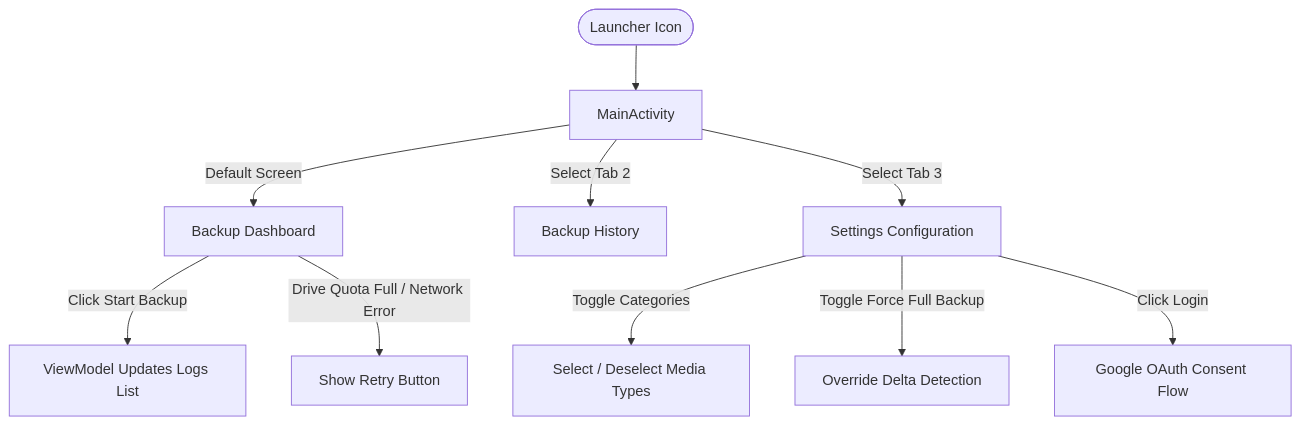
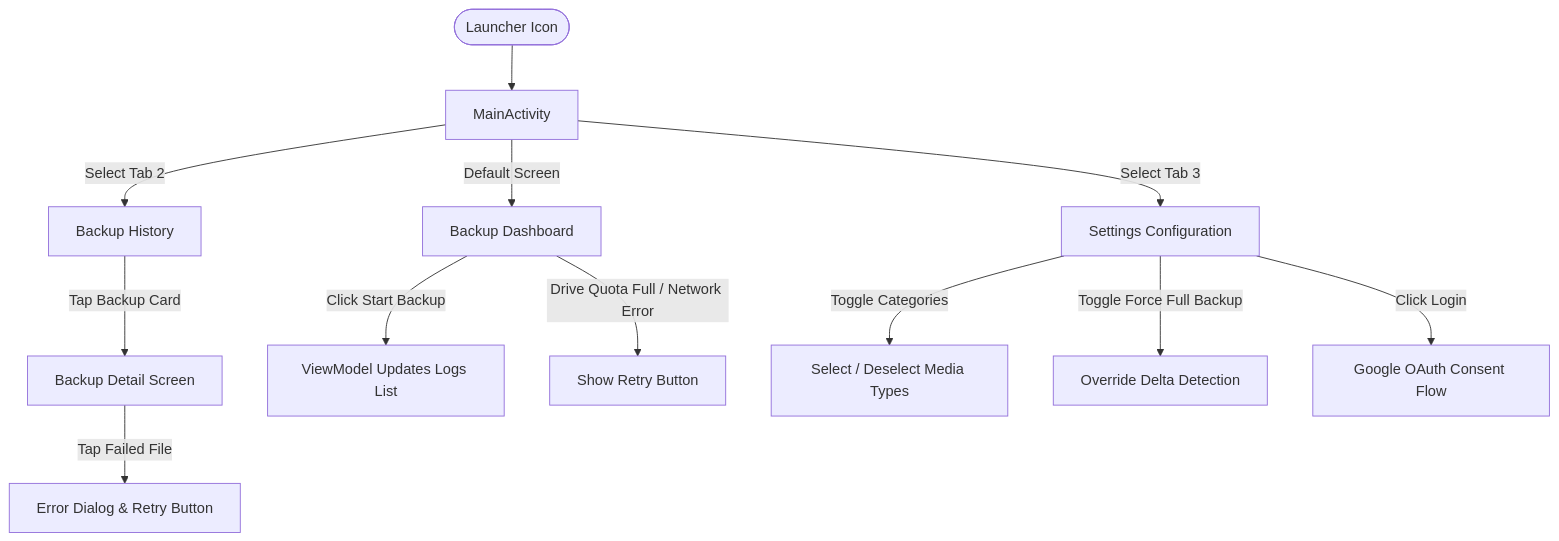
The diagram in SCREENTOUR.md (nandakumar-nandu/WABackupPro), drawn with Mermaid before and after one commit. The commit also changed other lines of this file and 16 other files, not shown here.

First line of the commit message:
feat: backup detail screen with per-file results, history search/filter

````diff
--- a/SCREENTOUR.md
+++ b/SCREENTOUR.md
@@ -60,13 +69,15 @@
 ```mermaid
 graph TD
     Launcher([Launcher Icon]) --> MainActivity[MainActivity]
     MainActivity -->|Default Screen| BackupFragment[Backup Dashboard]
     MainActivity -->|Select Tab 2| HistoryFragment[Backup History]
     MainActivity -->|Select Tab 3| SettingsFragment[Settings Configuration]
     
+    HistoryFragment -->|Tap Backup Card| DetailFragment[Backup Detail Screen]
+    DetailFragment -->|Tap Failed File| RetryDialog[Error Dialog & Retry Button]
     BackupFragment -->|Click Start Backup| LogView[ViewModel Updates Logs List]
     BackupFragment -->|Drive Quota Full / Network Error| RetryButton[Show Retry Button]
     SettingsFragment -->|Toggle Categories| CatSwitch[Select / Deselect Media Types]
     SettingsFragment -->|Toggle Force Full Backup| DeltaSwitch[Override Delta Detection]
     SettingsFragment -->|Click Login| GoogleConsent[Google OAuth Consent Flow]
 ```
````
